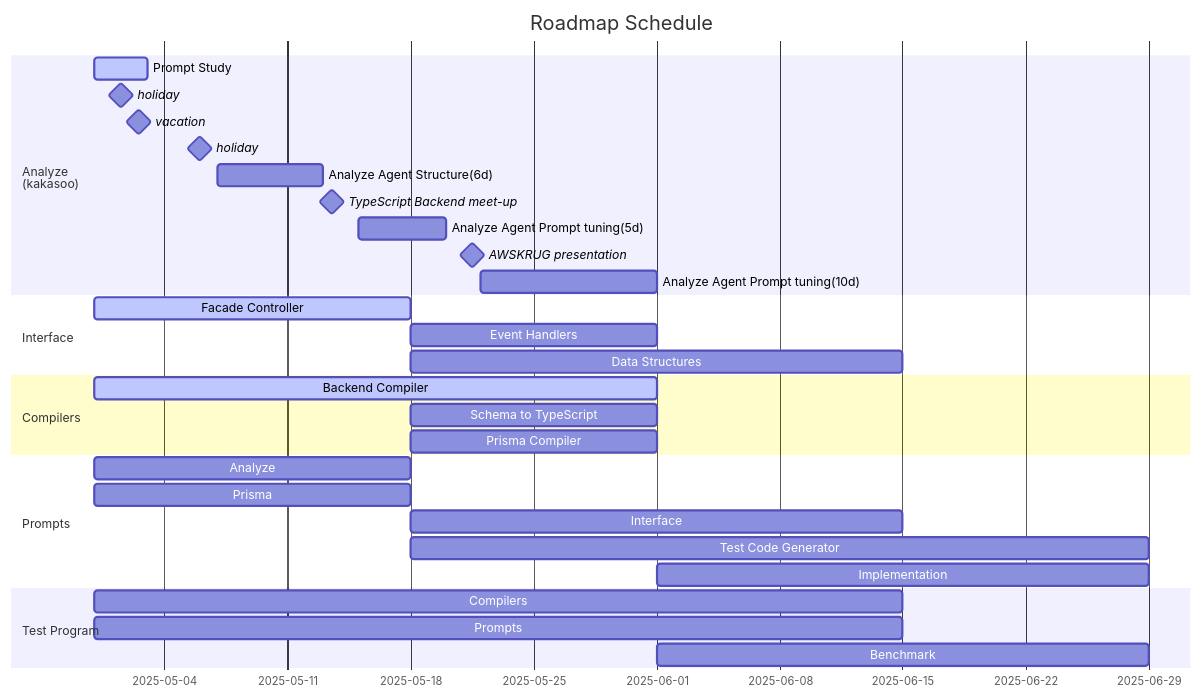
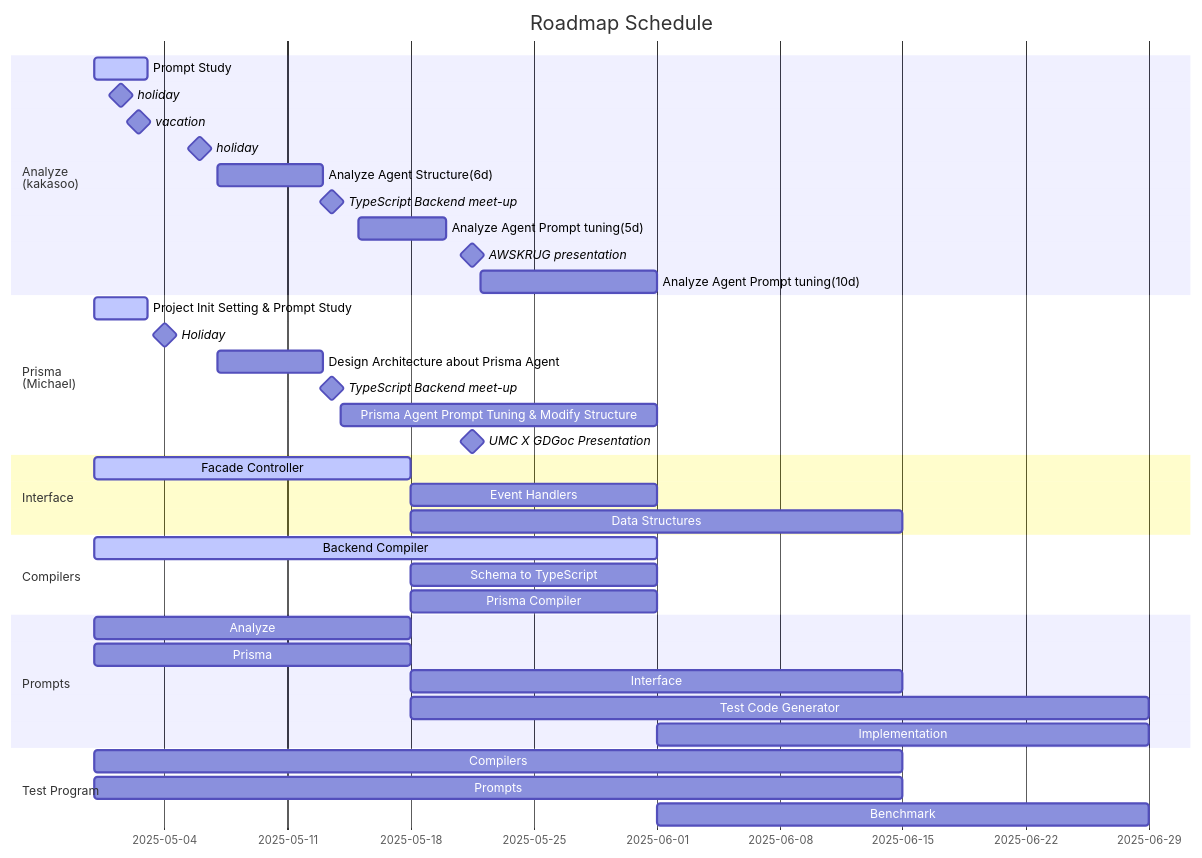
Before and after one commit to RavenView-ai/autobe: the second of 2 diagrams in README.md, drawn with Mermaid.

Commit message:
docs: Add Roadmap for Prisma Agent Part

````diff
--- a/README.md
+++ b/README.md
@@ -259,39 +259,47 @@
 ```mermaid
 gantt
   dateFormat YYYY-MM-DD
   title Roadmap Schedule
 
   section Analyze<br>(kakasoo)
   Prompt Study: active, 2025-04-30, 3d
   holiday: milestone, 2025-05-01, 1d
   vacation: milestone, 2025-05-02, 1d
   holiday: milestone, 2025-05-05, 2d
   Analyze Agent Structure(6d):, 2025-05-07, 6d
   TypeScript Backend meet-up: milestone, 2025-05-13, 1d
   Analyze Agent Prompt tuning(5d):, 2025-05-15, 5d
   AWSKRUG presentation: milestone, 2025-05-21, 1d
   Analyze Agent Prompt tuning(10d):, 2025-05-22, 10d
+
+  section Prisma<br>(Michael)
+  Project Init Setting & Prompt Study: active, 2025-04-30, 3d
+  Holiday: milestone, 2025-05-01, 6d
+  Design Architecture about Prisma Agent: 2025-05-07, 6d
+  TypeScript Backend meet-up: milestone, 2025-05-13, 1d
+  Prisma Agent Prompt Tuning & Modify Structure: 2025-05-14, 18d
+  UMC X GDGoc Presentation: milestone, 2025-05-21, 1d
+
   
-
   section Interface
   Facade Controller: active, 2025-04-30, 18d
   Event Handlers:            2025-05-18, 14d
   Data Structures:           2025-05-18, 28d
 
   section Compilers
   Backend Compiler:     active, 2025-04-30, 32d
   Schema to TypeScript:         2025-05-18, 14d
   Prisma Compiler:              2025-05-18, 14d
 
   section Prompts
   Analyze            : 2025-04-30, 18d
   Prisma             : 2025-04-30, 18d
   Interface          : 2025-05-18, 28d
   Test Code Generator: 2025-05-18, 42d
   Implementation     : 2025-06-01, 28d
 
   section Test Program
   Compilers: 2025-04-30, 46d
   Prompts:   2025-04-30, 46d
   Benchmark: 2025-06-01, 28d
 ```
````
